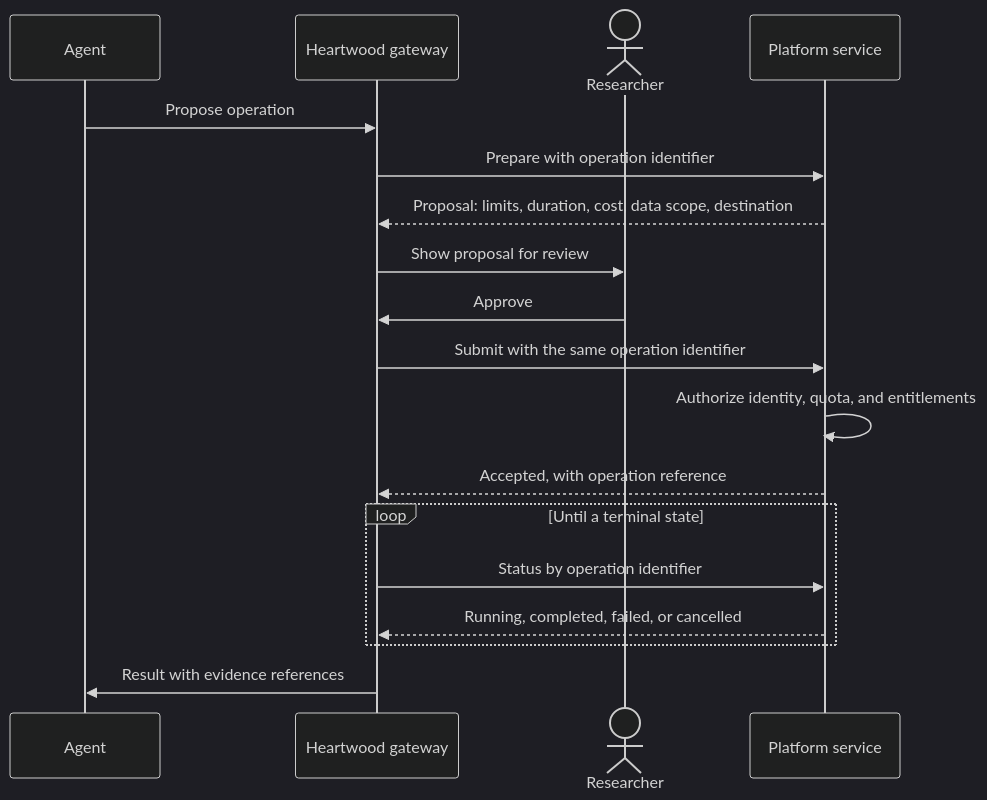
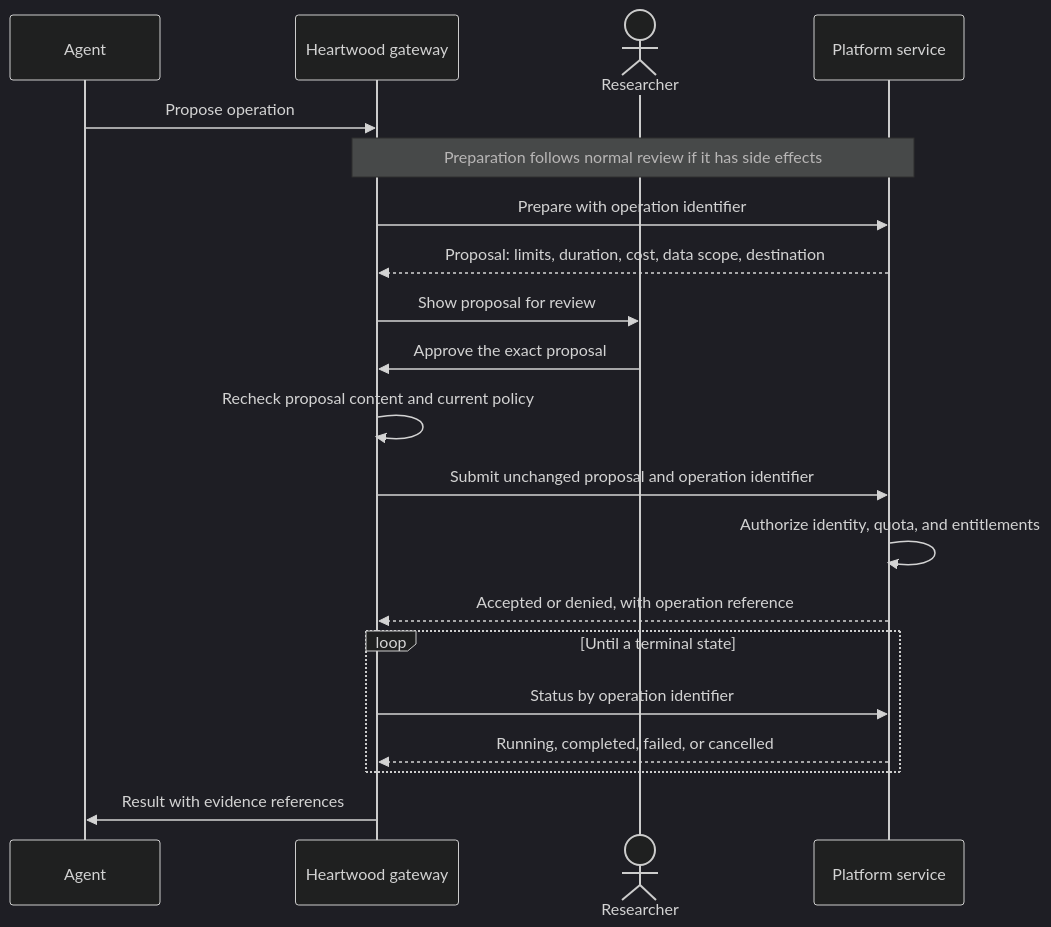
One commit to SchmiedmayerLab/heartwood changed the fifth of 6 diagrams in documentation/operate/platform-contract.md. Above: the diagram before and after it, drawn with Mermaid (dark theme). The commit also changed other lines of this file and 50 other files, not shown here.

````diff
--- a/documentation/operate/platform-contract.md
+++ b/documentation/operate/platform-contract.md
@@ -317,20 +561,22 @@
 ```mermaid
 sequenceDiagram
     participant A as Agent
     participant G as Heartwood gateway
     actor R as Researcher
     participant S as Platform service
     A->>G: Propose operation
+    Note over G,S: Preparation follows normal review if it has side effects
     G->>S: Prepare with operation identifier
     S-->>G: Proposal: limits, duration, cost, data scope, destination
     G->>R: Show proposal for review
-    R->>G: Approve
-    G->>S: Submit with the same operation identifier
+    R->>G: Approve the exact proposal
+    G->>G: Recheck proposal content and current policy
+    G->>S: Submit unchanged proposal and operation identifier
     S->>S: Authorize identity, quota, and entitlements
-    S-->>G: Accepted, with operation reference
+    S-->>G: Accepted or denied, with operation reference
     loop Until a terminal state
         G->>S: Status by operation identifier
         S-->>G: Running, completed, failed, or cancelled
     end
     G->>A: Result with evidence references
 ```
````
